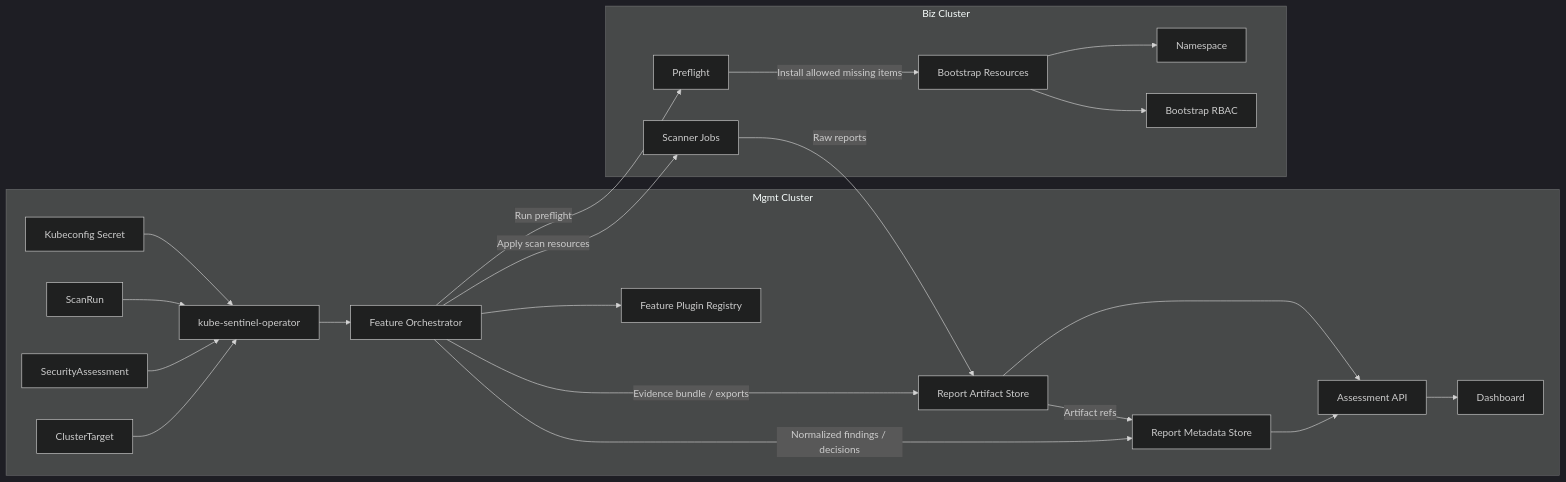
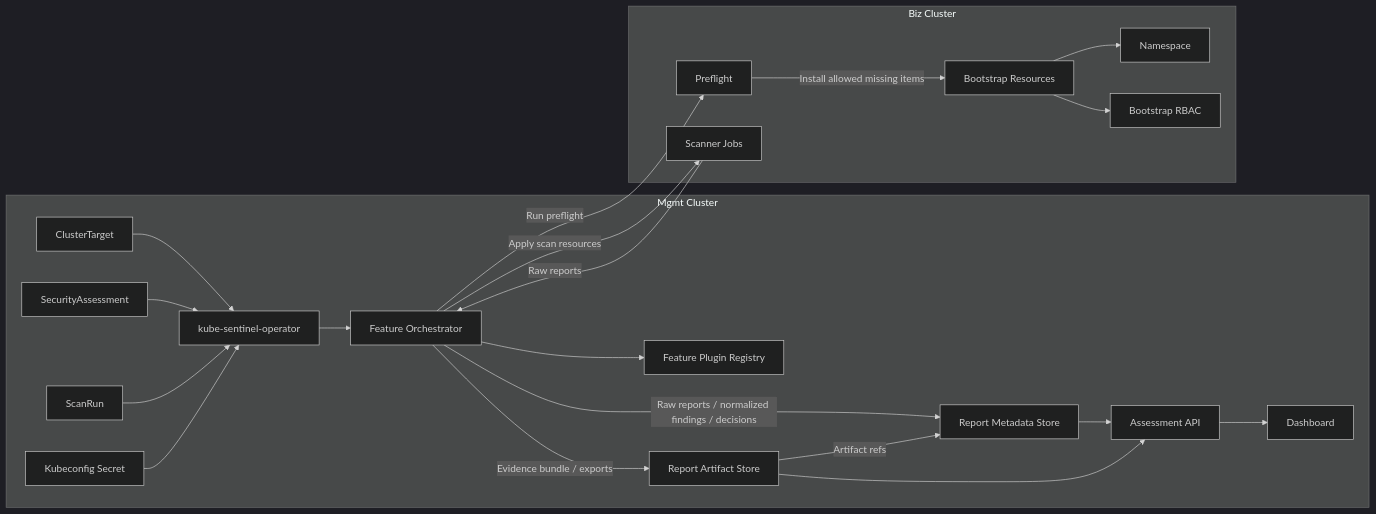
The diagram in docs/ARCHITECTURE.md (bocopile/kube-sentinel), drawn with Mermaid (dark theme) before and after one commit. The commit also changed other lines of this file and 11 other files, not shown here.

````diff
--- a/docs/ARCHITECTURE.md
+++ b/docs/ARCHITECTURE.md
@@ -51,44 +51,44 @@
 ```mermaid
 flowchart LR
     subgraph mgmt["Mgmt Cluster"]
         controller["kube-sentinel-operator"]
         orchestrator["Feature Orchestrator"]
         registry["Feature Plugin Registry"]
         target_cr["ClusterTarget"]
         assessment_cr["SecurityAssessment"]
         scanrun_cr["ScanRun"]
         kubeconfig_secret["Kubeconfig Secret"]
         metadata_store["Report Metadata Store"]
         artifact_store["Report Artifact Store"]
         assessment_api["Assessment API"]
         dashboard["Dashboard"]
     end
 
     subgraph biz["Biz Cluster"]
         preflight["Preflight"]
         bootstrap["Bootstrap Resources"]
         ns["Namespace"]
         rbac["Bootstrap RBAC"]
         scanners["Scanner Jobs"]
     end
 
     target_cr --> controller
     assessment_cr --> controller
     scanrun_cr --> controller
     kubeconfig_secret --> controller
     controller --> orchestrator
     orchestrator --> registry
 
     orchestrator -->|"Run preflight"| preflight
     preflight -->|"Install allowed missing items"| bootstrap
     bootstrap --> ns
     bootstrap --> rbac
     orchestrator -->|"Apply scan resources"| scanners
-    scanners -->|"Raw reports"| artifact_store
-    orchestrator -->|"Normalized findings / decisions"| metadata_store
+    scanners -->|"Raw reports"| orchestrator
+    orchestrator -->|"Raw reports / normalized findings / decisions"| metadata_store
     orchestrator -->|"Evidence bundle / exports"| artifact_store
     artifact_store -->|"Artifact refs"| metadata_store
     metadata_store --> assessment_api
     artifact_store --> assessment_api
     assessment_api --> dashboard
 ```
````
